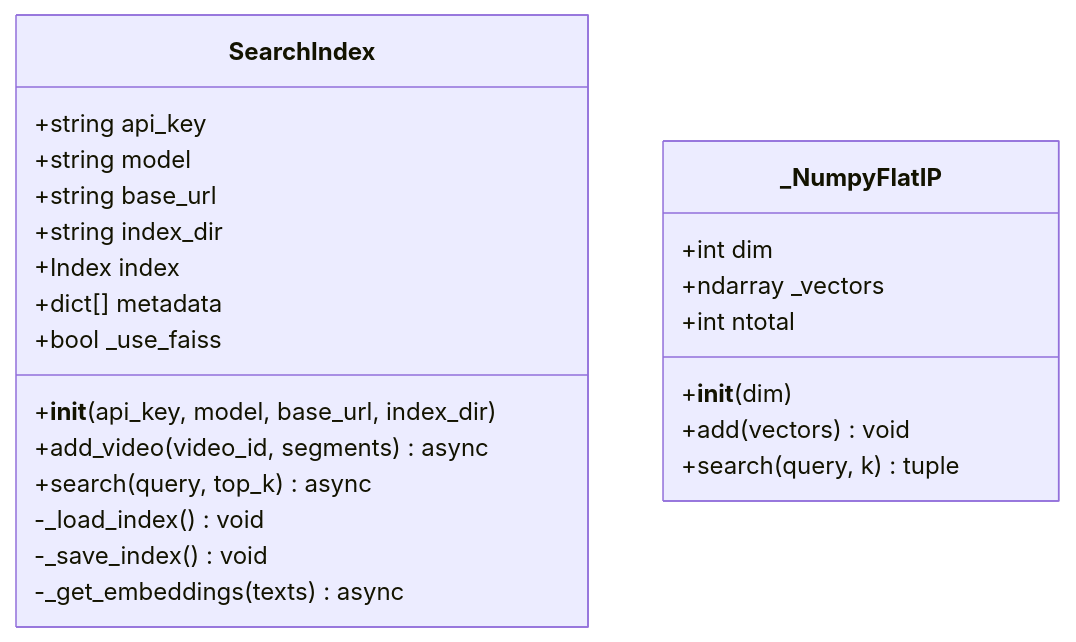
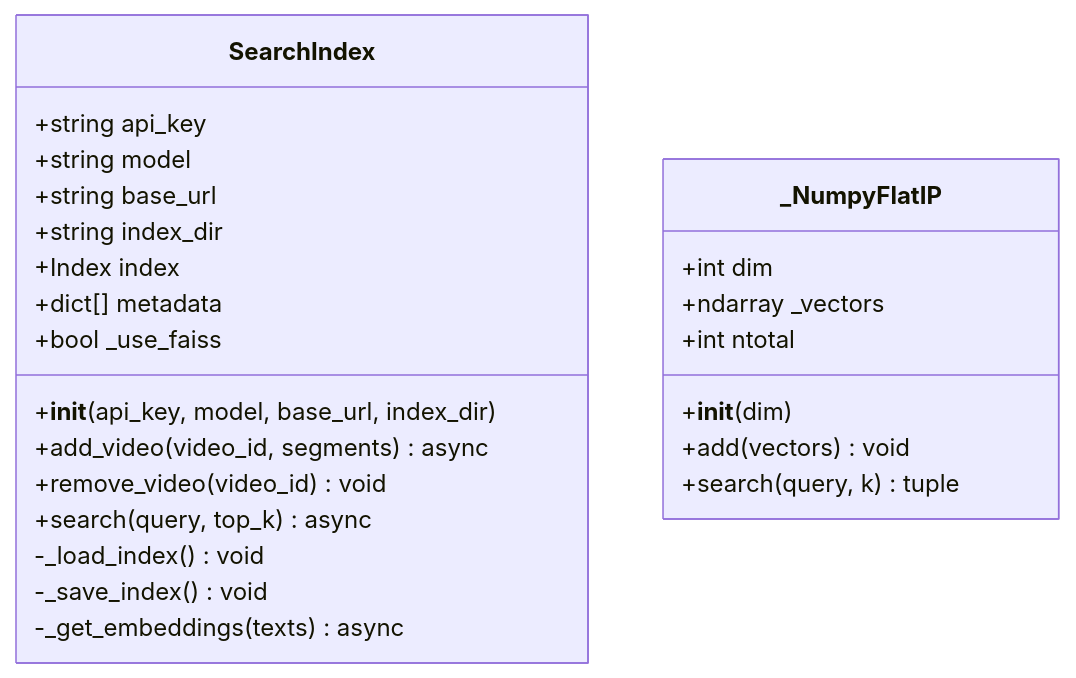
The third of 10 diagrams in .qoder/repowiki/en/content/Media Processing Pipeline/Search Index Stage.md (alexandreybasta-cyber/dubai-media-ai), drawn with Mermaid before and after one commit. The commit also changed other lines of this file and 43 other files, not shown here.

````diff
--- a/.qoder/repowiki/en/content/Media Processing Pipeline/Search Index Stage.md
+++ b/.qoder/repowiki/en/content/Media Processing Pipeline/Search Index Stage.md
@@ -165,26 +172,27 @@
 ```mermaid
 classDiagram
 class SearchIndex {
 +string api_key
 +string model
 +string base_url
 +string index_dir
 +Index index
 +dict[] metadata
 +bool _use_faiss
 +__init__(api_key, model, base_url, index_dir)
 +add_video(video_id, segments) async
++remove_video(video_id) void
 +search(query, top_k) async
 -_load_index() void
 -_save_index() void
 -_get_embeddings(texts) async
 }
 class _NumpyFlatIP {
 +int dim
 +ndarray _vectors
 +int ntotal
 +__init__(dim)
 +add(vectors) void
 +search(query, k) tuple
 }
 ```
````
